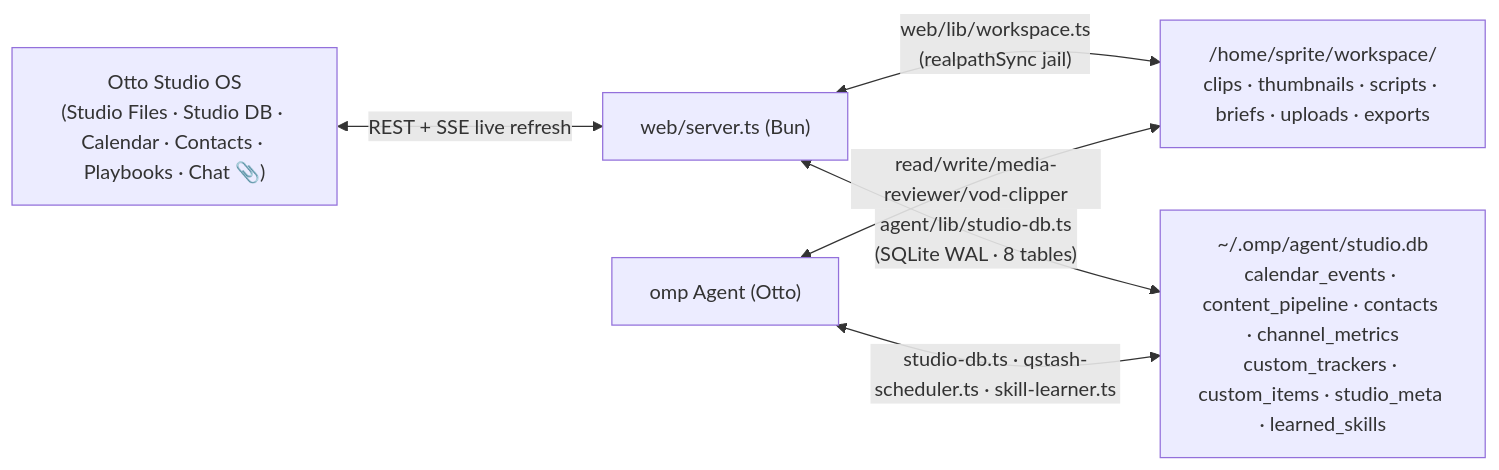
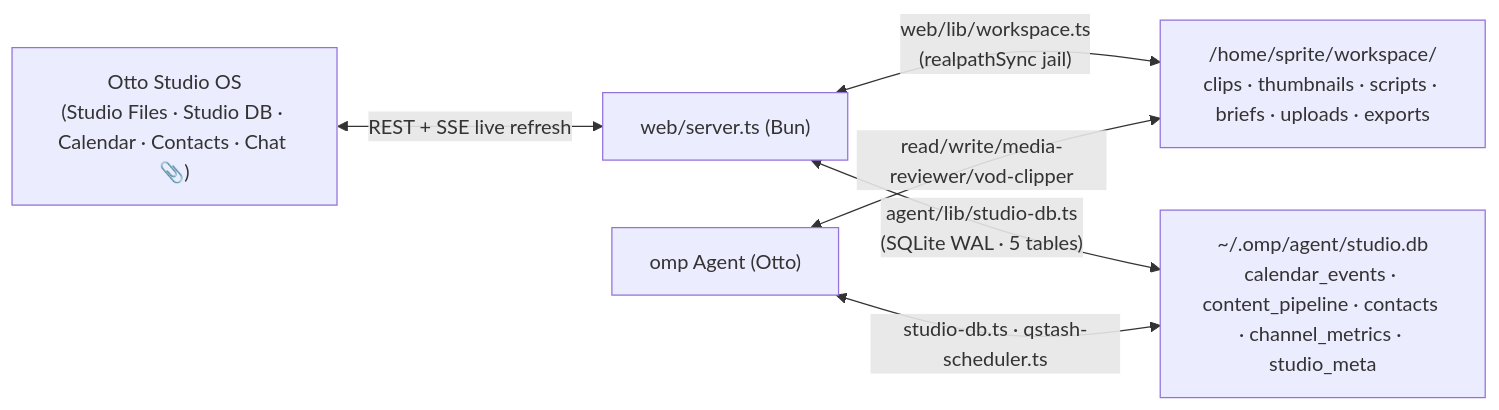
The fourth of 5 diagrams in docs/architecture.md (roffidaijoubu/otto), drawn with Mermaid before and after one commit. The commit also changed other lines of this file and 30 other files, not shown here.

Commit message:
refactor: prune Playbooks self-learning, Custom Trackers, and unused UI code

````diff
--- a/docs/architecture.md
+++ b/docs/architecture.md
@@ -133,8 +133,8 @@
 ```mermaid
 flowchart LR
-    UI["Otto Studio OS<br/>(Studio Files · Studio DB · Calendar · Contacts · Playbooks · Chat 📎)"] <-->|"REST + SSE live refresh"| S["web/server.ts (Bun)"]
+    UI["Otto Studio OS<br/>(Studio Files · Studio DB · Calendar · Contacts · Chat 📎)"] <-->|"REST + SSE live refresh"| S["web/server.ts (Bun)"]
     S <-->|"web/lib/workspace.ts<br/>(realpathSync jail)"| WS["/home/sprite/workspace/<br/>clips · thumbnails · scripts · briefs · uploads · exports"]
-    S <-->|"agent/lib/studio-db.ts<br/>(SQLite WAL · 8 tables)"| DB["~/.omp/agent/studio.db<br/>calendar_events · content_pipeline · contacts · channel_metrics<br/>custom_trackers · custom_items · studio_meta · learned_skills"]
+    S <-->|"agent/lib/studio-db.ts<br/>(SQLite WAL · 5 tables)"| DB["~/.omp/agent/studio.db<br/>calendar_events · content_pipeline · contacts · channel_metrics · studio_meta"]
     OMP["omp Agent (Otto)"] <-->|"read/write/media-reviewer/vod-clipper"| WS
-    OMP <-->|"studio-db.ts · qstash-scheduler.ts · skill-learner.ts"| DB
+    OMP <-->|"studio-db.ts · qstash-scheduler.ts"| DB
 ```
````
